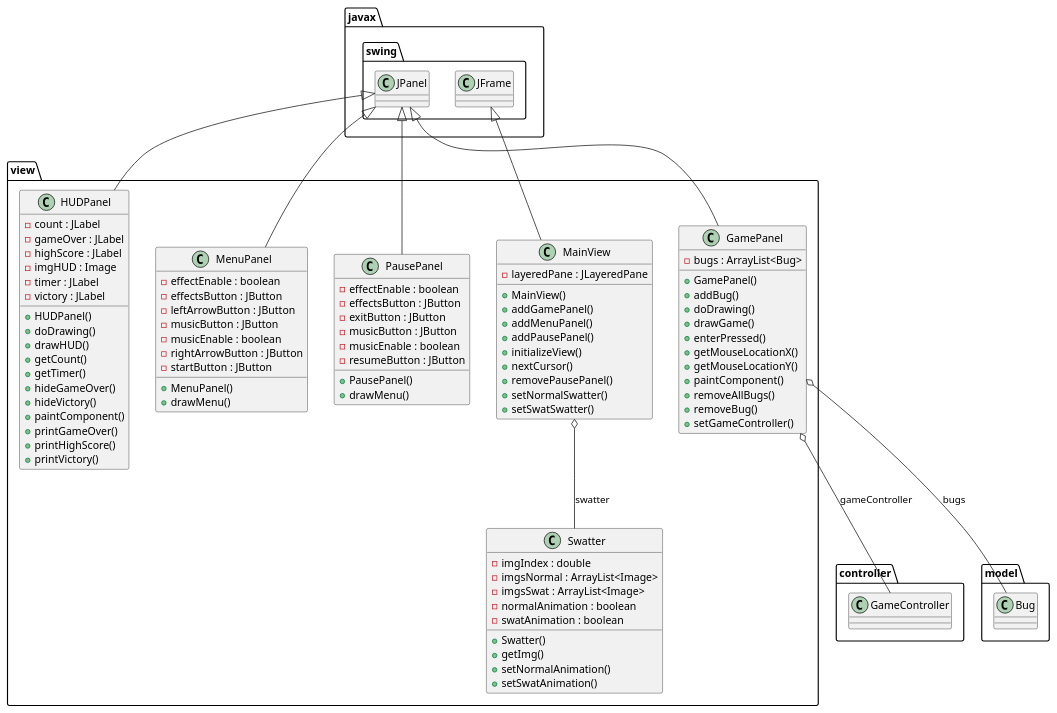
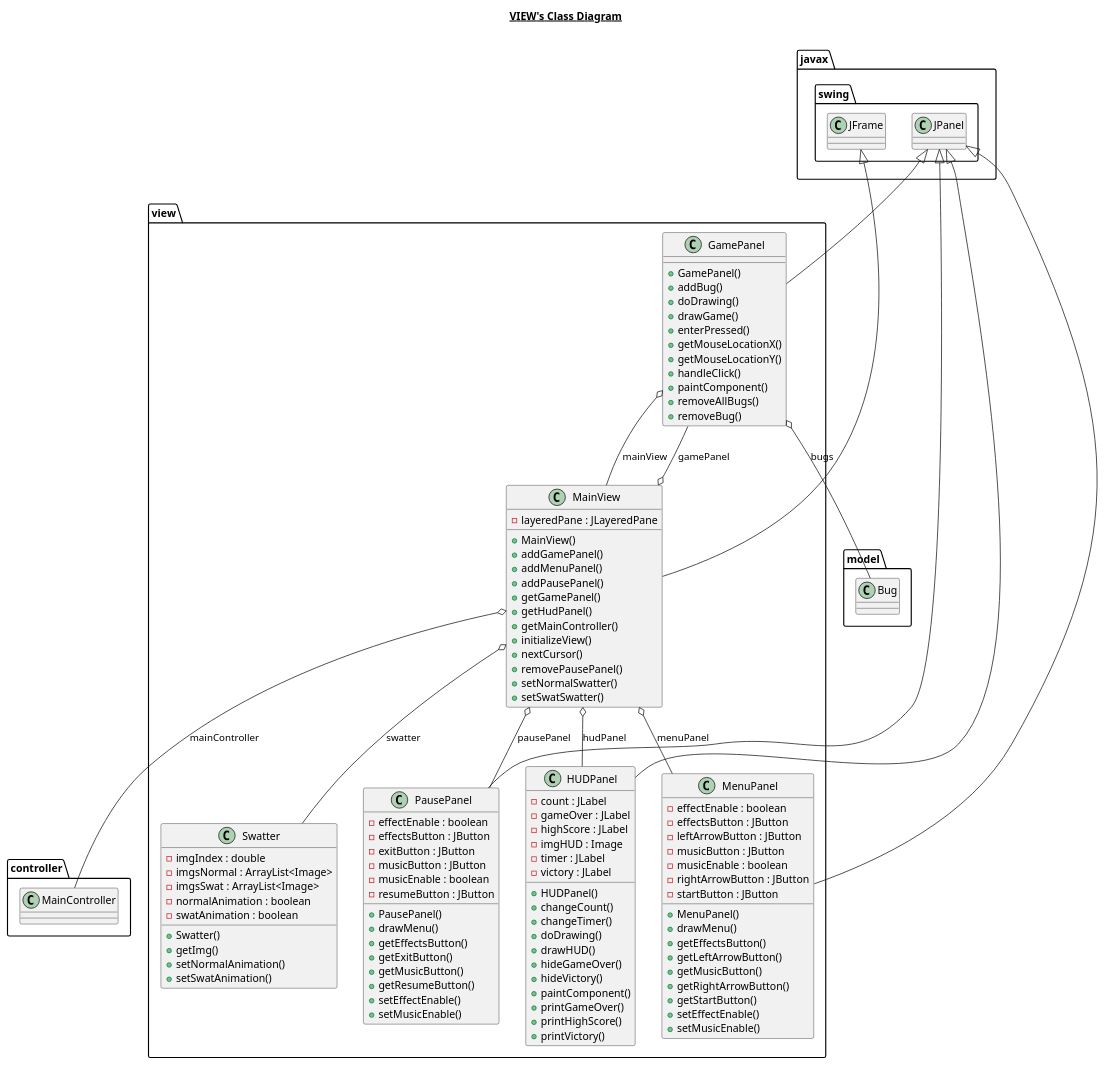
One commit to lcintini/JFlySwatter changed the diagram in src/view/view.plantuml. Above: the diagram before and after it, drawn with PlantUML. The commit also changed 34 other files, not shown here.

```diff
--- a/src/view/view.plantuml
+++ b/src/view/view.plantuml
@@ -1,116 +1,137 @@
 @startuml
 
+title __VIEW's Class Diagram__\n
 
- namespace view {
+  namespace view {
       class view.GamePanel {
-          - bugs : ArrayList<Bug>
           + GamePanel()
           + addBug()
           + doDrawing()
           + drawGame()
           + enterPressed()
           + getMouseLocationX()
           + getMouseLocationY()
+          + handleClick()
           + paintComponent()
           + removeAllBugs()
           + removeBug()
-          + setGameController()
       }
     }
   
 
   namespace view {
       class view.HUDPanel {
           - count : JLabel
           - gameOver : JLabel
           - highScore : JLabel
           - imgHUD : Image
           - timer : JLabel
           - victory : JLabel
           + HUDPanel()
+          + changeCount()
+          + changeTimer()
           + doDrawing()
           + drawHUD()
-          + getCount()
-          + getTimer()
           + hideGameOver()
           + hideVictory()
           + paintComponent()
           + printGameOver()
           + printHighScore()
           + printVictory()
       }
     }
   
 
-  namespace view {
+ namespace view {
       class view.MainView {
           - layeredPane : JLayeredPane
           + MainView()
           + addGamePanel()
           + addMenuPanel()
           + addPausePanel()
+          + getGamePanel()
+          + getHudPanel()
+          + getMainController()
           + initializeView()
           + nextCursor()
           + removePausePanel()
           + setNormalSwatter()
           + setSwatSwatter()
       }
     }
   
 
   namespace view {
       class view.MenuPanel {
           - effectEnable : boolean
           - effectsButton : JButton
           - leftArrowButton : JButton
           - musicButton : JButton
           - musicEnable : boolean
           - rightArrowButton : JButton
           - startButton : JButton
           + MenuPanel()
           + drawMenu()
+          + getEffectsButton()
+          + getLeftArrowButton()
+          + getMusicButton()
+          + getRightArrowButton()
+          + getStartButton()
+          + setEffectEnable()
+          + setMusicEnable()
       }
     }
   
 
   namespace view {
       class view.PausePanel {
           - effectEnable : boolean
           - effectsButton : JButton
           - exitButton : JButton
           - musicButton : JButton
           - musicEnable : boolean
           - resumeButton : JButton
           + PausePanel()
           + drawMenu()
+          + getEffectsButton()
+          + getExitButton()
+          + getMusicButton()
+          + getResumeButton()
+          + setEffectEnable()
+          + setMusicEnable()
       }
     }
   
 
   namespace view {
       class view.Swatter {
           - imgIndex : double
           - imgsNormal : ArrayList<Image>
           - imgsSwat : ArrayList<Image>
           - normalAnimation : boolean
           - swatAnimation : boolean
           + Swatter()
           + getImg()
           + setNormalAnimation()
           + setSwatAnimation()
       }
     }
   
 
   view.GamePanel -up-|> javax.swing.JPanel
-  view.GamePanel o-- controller.GameController : gameController
+  view.GamePanel o-- view.MainView : mainView
   view.HUDPanel -up-|> javax.swing.JPanel
   view.MainView -up-|> javax.swing.JFrame
+  view.MainView o-- view.GamePanel : gamePanel
+  view.MainView o-- view.HUDPanel : hudPanel
+  view.MainView o-- controller.MainController : mainController
+  view.MainView o-- view.MenuPanel : menuPanel
+  view.MainView o-- view.PausePanel : pausePanel
   view.MainView o-- view.Swatter : swatter
   view.MenuPanel -up-|> javax.swing.JPanel
   view.PausePanel -up-|> javax.swing.JPanel
-  view.GamePanel o-- model.Bug : bugs
+    view.GamePanel o-- model.Bug : bugs
 
 
 
 @enduml
```
